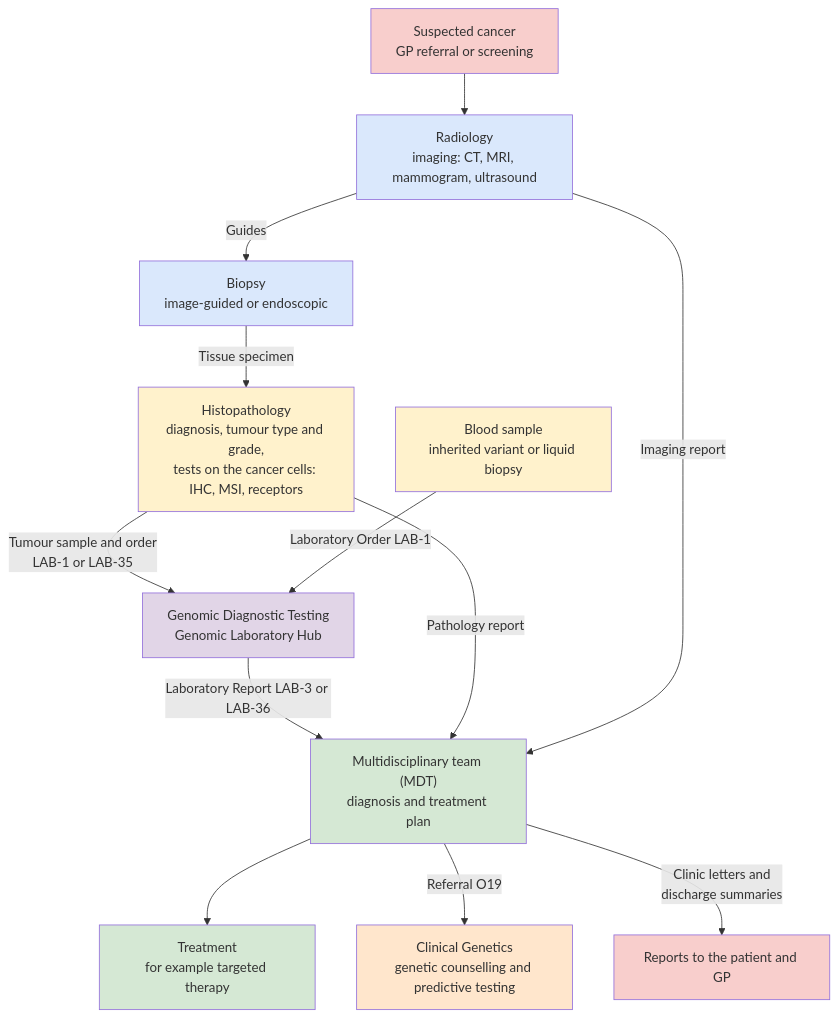
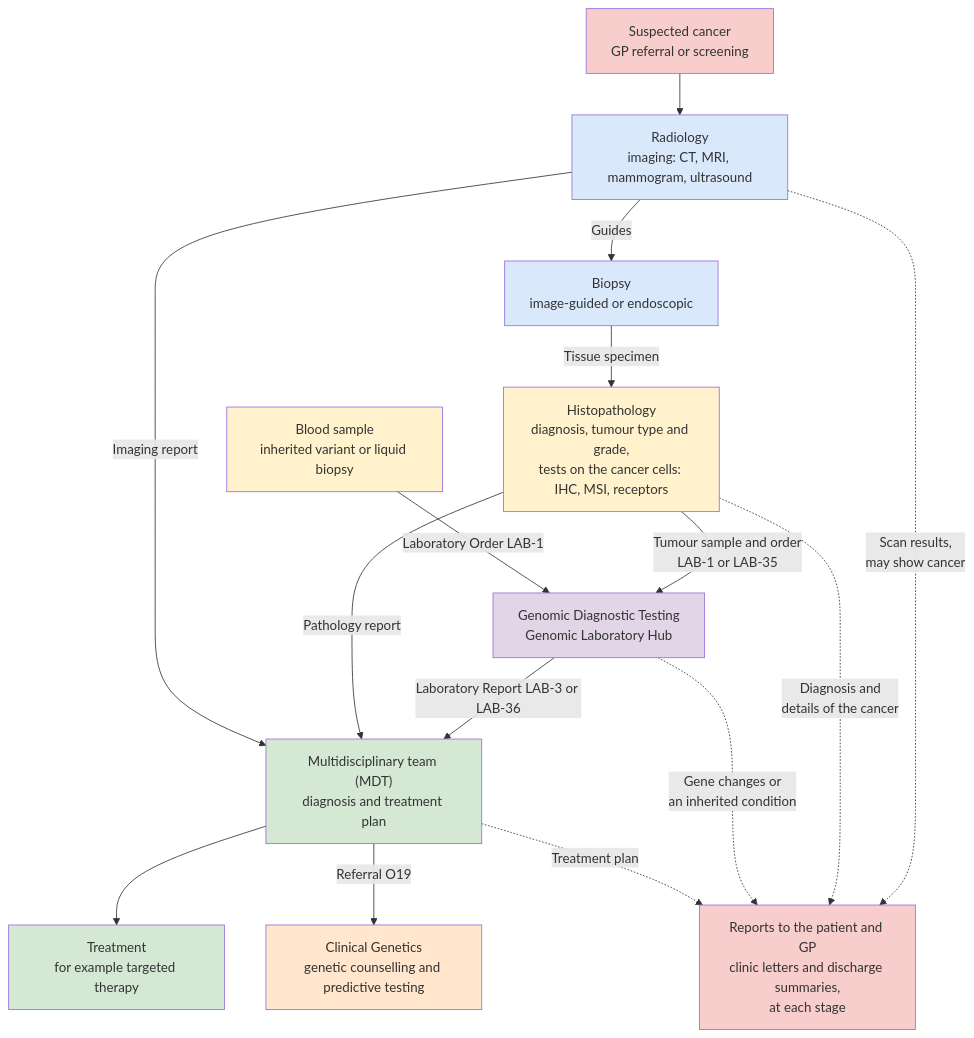
Before and after one commit to nw-gmsa/nw-gmsa.github.com: the fourth of 4 diagrams in input/pagecontent/overview.md, drawn with Mermaid. The commit also changed other lines of this file, not shown here.

First line of the commit message:
Overview: reports to the patient and GP happen at each stage of the pathway

````diff
--- a/input/pagecontent/overview.md
+++ b/input/pagecontent/overview.md
@@ -97,32 +97,36 @@
 ```mermaid
 graph TD;
 
     GP["Suspected cancer<br/>GP referral or screening"] --> R
     R["Radiology<br/>imaging: CT, MRI, mammogram, ultrasound"] --> |Guides| B
     B["Biopsy<br/>image-guided or endoscopic"] --> |Tissue specimen| P
     P["Histopathology<br/>diagnosis, tumour type and grade,<br/>tests on the cancer cells: IHC, MSI, receptors"] --> |"Tumour sample and order<br/>LAB-1 or LAB-35"| G
     BL["Blood sample<br/>inherited variant or liquid biopsy"] --> |"Laboratory Order LAB-1"| G
     G["Genomic Diagnostic Testing<br/>Genomic Laboratory Hub"] --> |"Laboratory Report LAB-3 or LAB-36"| M
     P --> |Pathology report| M
     R --> |Imaging report| M
     M["Multidisciplinary team (MDT)<br/>diagnosis and treatment plan"] --> T["Treatment<br/>for example targeted therapy"]
     M --> |"Referral O19"| CG["Clinical Genetics<br/>genetic counselling and predictive testing"]
-    M --> |"Clinic letters and<br/>discharge summaries"| L["Reports to the patient and GP"]
+    L["Reports to the patient and GP<br/>clinic letters and discharge summaries,<br/>at each stage"]
+    R -.-> |"Scan results,<br/>may show cancer"| L
+    P -.-> |"Diagnosis and<br/>details of the cancer"| L
+    G -.-> |"Gene changes or<br/>an inherited condition"| L
+    M -.-> |"Treatment plan"| L
 
     click G StructureDefinition-ServiceRequest.html
 
     classDef purple fill:#E1D5E7;
     classDef yellow fill:#FFF2CC;
     classDef pink fill:#F8CECC
     classDef green fill:#D5E8D4;
     classDef blue fill:#DAE8FC;
     classDef orange fill:#FFE6CC;
 
     class GP pink
     class R,B blue
     class P,BL yellow
     class G purple
     class M,T green
     class CG orange
     class L pink
 ```
````
